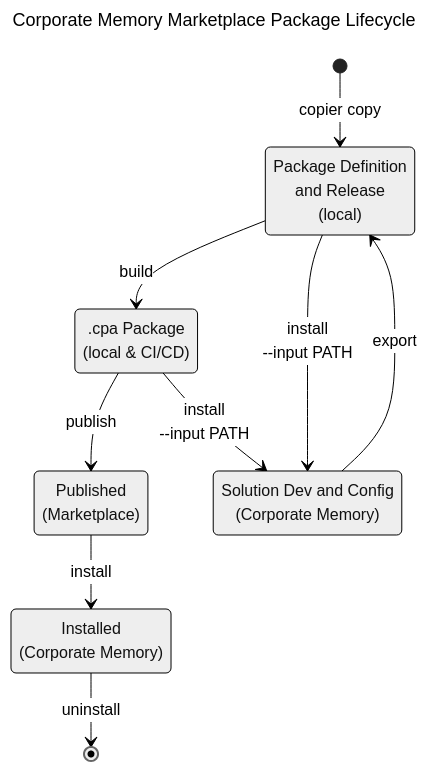
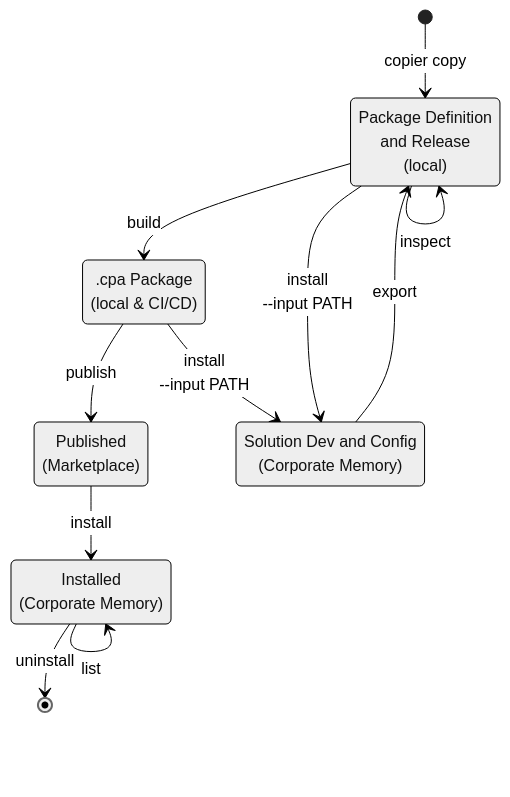
Before and after one commit to eccenca/documentation.eccenca.com: the diagram in docs/develop/marketplace-packages/mpp-lifecycle.mmd, drawn with Mermaid. The commit also changed 4 other files, not shown here.

```diff
--- a/docs/develop/marketplace-packages/mpp-lifecycle.mmd
+++ b/docs/develop/marketplace-packages/mpp-lifecycle.mmd
@@ -1,23 +1,25 @@
 ---
-title: Corporate Memory Marketplace Package Lifecycle
+#title: Corporate Memory Marketplace Package Lifecycle
 ---
 %%{init: { 'logLevel': 'debug', 'theme': 'neutral' } }%%
 stateDiagram-v2
 
 
 state "Package Definition<br>and Release<br>(local)" as pkg
 state "Published<br>(Marketplace)" as pub
 state ".cpa Package<br>(local & CI/CD)" as cpa
 state "Solution Dev and Config<br>(Corporate Memory)" as cmem
 state "Installed<br>(Corporate Memory)" as ins
 %% state "Uninstalled" as uni
 
 [*] --> pkg : copier copy
+pkg --> pkg : inspect
 cpa --> cmem : install <br> --input PATH
 pkg --> cmem : install <br> --input PATH
 cmem --> pkg : export
 pkg --> cpa : build
 cpa --> pub : publish
 
 pub --> ins : install
+ins --> ins : list
 ins --> [*] : uninstall
```
